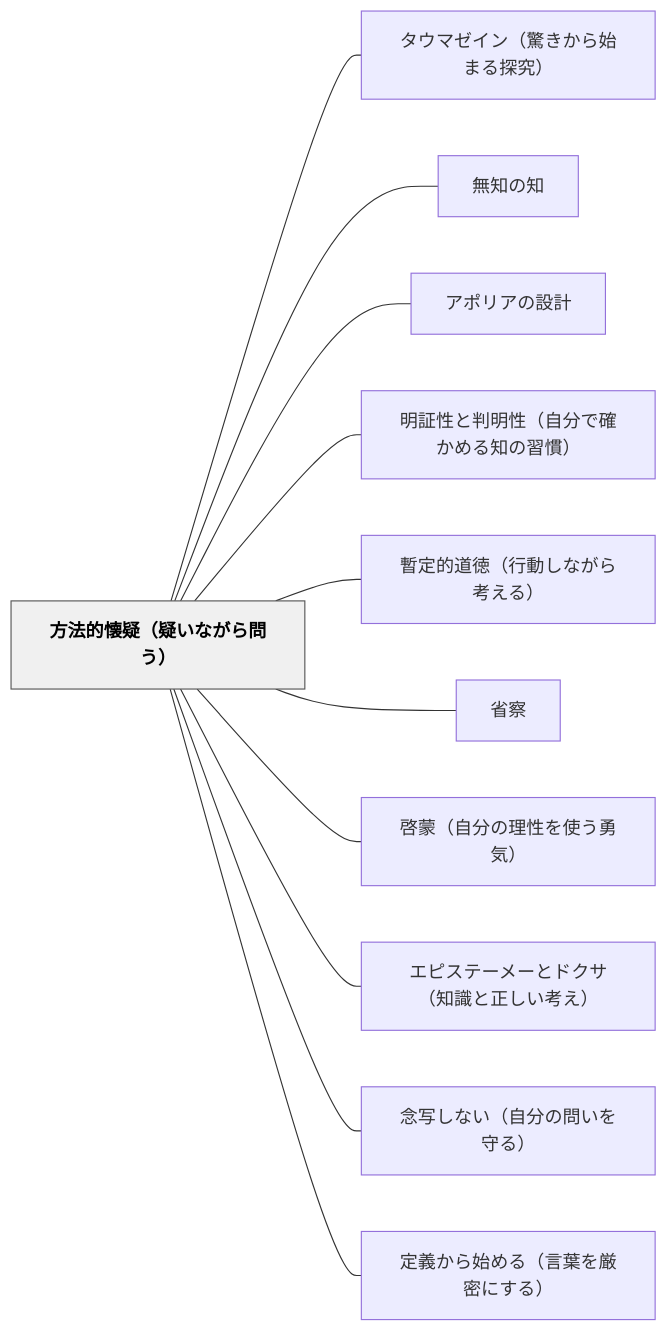
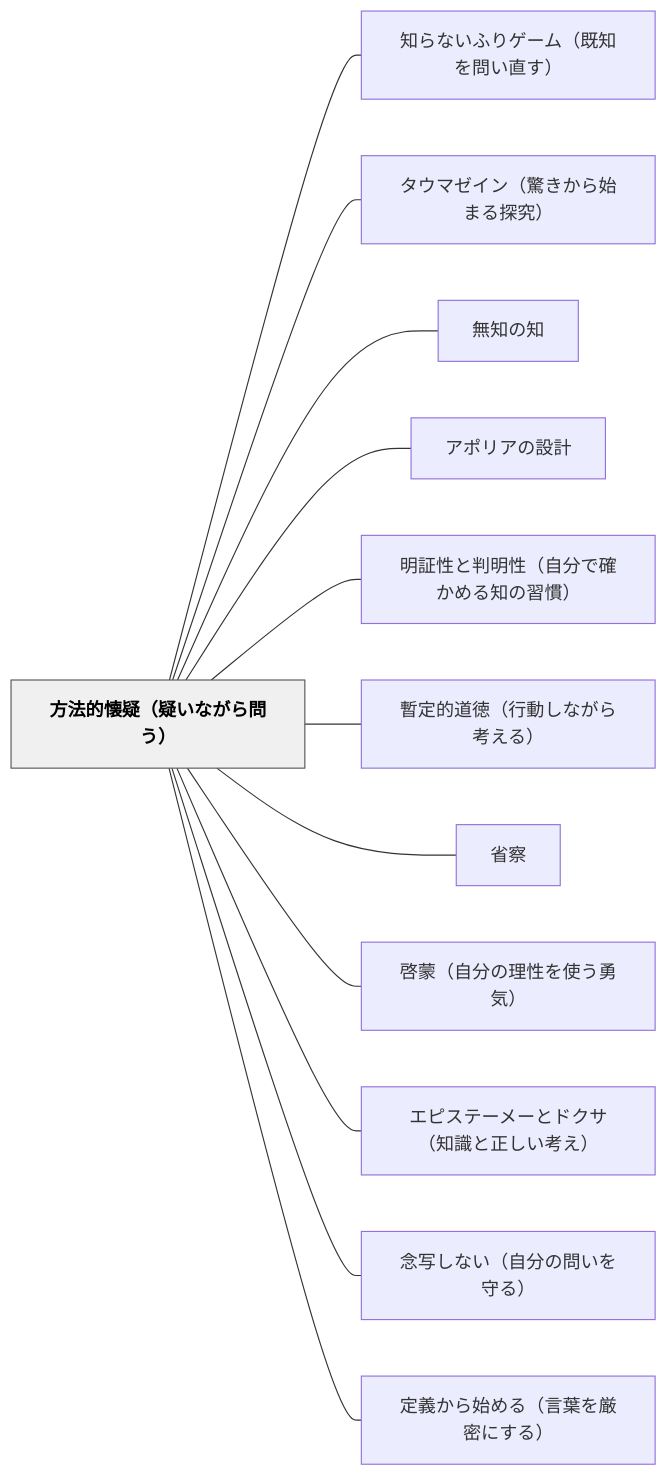
Before and after one commit to unknownthings-ed-patterns/unknownthings-ed-patterns: the diagram in content/パタン/方法的懐疑（疑いながら問う）.md, drawn with Mermaid. The commit also changed other lines of this file and 185 other files, not shown here.

````diff
--- a/content/パタン/方法的懐疑（疑いながら問う）.md
+++ b/content/パタン/方法的懐疑（疑いながら問う）.md
@@ -131,28 +132,30 @@
 ```mermaid
 flowchart LR
     ne696b9e6b395e79a84e68790e79691efbc88e79691e38184e381aae3818ce38289e5958fe38186efbc89["方法的懐疑（疑いながら問う）"]
+    ne79fa5e38289e381aae38184e381b5e3828ae382b2e383bce383a0efbc88e697a2e79fa5e38292e5958fe38184e79bb4e38199efbc89["知らないふりゲーム（既知を問い直す）"]
     ne382bfe382a6e3839ee382bce382a4e383b3efbc88e9a99ae3818de3818be38289e5a78be381bee3828be68ea2e7a9b6efbc89["タウマゼイン（驚きから始まる探究）"]
     ne784a1e79fa5e381aee79fa5["無知の知"]
     ne382a2e3839de383aae382a2e381aee8a8ade8a888["アポリアの設計"]
     ne6988ee8a8bce680a7e381a8e588a4e6988ee680a7efbc88e887aae58886e381a7e7a2bae3818be38281e3828be79fa5e381aee7bf92e685a3efbc89["明証性と判明性（自分で確かめる知の習慣）"]
     ne69aabe5ae9ae79a84e98193e5beb3efbc88e8a18ce58b95e38197e381aae3818ce38289e88083e38188e3828befbc89["暫定的道徳（行動しながら考える）"]
     ne79c81e5af9f["省察"]
     ne59593e89299efbc88e887aae58886e381aee79086e680a7e38292e4bdbfe38186e58b87e6b097efbc89["啓蒙（自分の理性を使う勇気）"]
     ne382a8e38394e382b9e38386e383bce383a1e383bce381a8e38389e382afe382b5efbc88e79fa5e8ad98e381a8e6ada3e38197e38184e88083e38188efbc89["エピステーメーとドクサ（知識と正しい考え）"]
     ne5bfb5e58699e38197e381aae38184efbc88e887aae58886e381aee5958fe38184e38292e5ae88e3828befbc89["念写しない（自分の問いを守る）"]
     ne5ae9ae7bea9e3818be38289e5a78be38281e3828befbc88e8a880e89189e38292e58eb3e5af86e381abe38199e3828befbc89["定義から始める（言葉を厳密にする）"]
 
+    ne696b9e6b395e79a84e68790e79691efbc88e79691e38184e381aae3818ce38289e5958fe38186efbc89 --- ne79fa5e38289e381aae38184e381b5e3828ae382b2e383bce383a0efbc88e697a2e79fa5e38292e5958fe38184e79bb4e38199efbc89
     ne696b9e6b395e79a84e68790e79691efbc88e79691e38184e381aae3818ce38289e5958fe38186efbc89 --- ne382bfe382a6e3839ee382bce382a4e383b3efbc88e9a99ae3818de3818be38289e5a78be381bee3828be68ea2e7a9b6efbc89
     ne696b9e6b395e79a84e68790e79691efbc88e79691e38184e381aae3818ce38289e5958fe38186efbc89 --- ne784a1e79fa5e381aee79fa5
     ne696b9e6b395e79a84e68790e79691efbc88e79691e38184e381aae3818ce38289e5958fe38186efbc89 --- ne382a2e3839de383aae382a2e381aee8a8ade8a888
     ne696b9e6b395e79a84e68790e79691efbc88e79691e38184e381aae3818ce38289e5958fe38186efbc89 --- ne6988ee8a8bce680a7e381a8e588a4e6988ee680a7efbc88e887aae58886e381a7e7a2bae3818be38281e3828be79fa5e381aee7bf92e685a3efbc89
     ne696b9e6b395e79a84e68790e79691efbc88e79691e38184e381aae3818ce38289e5958fe38186efbc89 --- ne69aabe5ae9ae79a84e98193e5beb3efbc88e8a18ce58b95e38197e381aae3818ce38289e88083e38188e3828befbc89
     ne696b9e6b395e79a84e68790e79691efbc88e79691e38184e381aae3818ce38289e5958fe38186efbc89 --- ne79c81e5af9f
     ne696b9e6b395e79a84e68790e79691efbc88e79691e38184e381aae3818ce38289e5958fe38186efbc89 --- ne59593e89299efbc88e887aae58886e381aee79086e680a7e38292e4bdbfe38186e58b87e6b097efbc89
     ne696b9e6b395e79a84e68790e79691efbc88e79691e38184e381aae3818ce38289e5958fe38186efbc89 --- ne382a8e38394e382b9e38386e383bce383a1e383bce381a8e38389e382afe382b5efbc88e79fa5e8ad98e381a8e6ada3e38197e38184e88083e38188efbc89
     ne696b9e6b395e79a84e68790e79691efbc88e79691e38184e381aae3818ce38289e5958fe38186efbc89 --- ne5bfb5e58699e38197e381aae38184efbc88e887aae58886e381aee5958fe38184e38292e5ae88e3828befbc89
     ne696b9e6b395e79a84e68790e79691efbc88e79691e38184e381aae3818ce38289e5958fe38186efbc89 --- ne5ae9ae7bea9e3818be38289e5a78be38281e3828befbc88e8a880e89189e38292e58eb3e5af86e381abe38199e3828befbc89
 
     classDef hub fill:#f0f0f0,stroke:#555,color:#000,font-weight:bold
     class ne696b9e6b395e79a84e68790e79691efbc88e79691e38184e381aae3818ce38289e5958fe38186efbc89 hub
 ```
````
